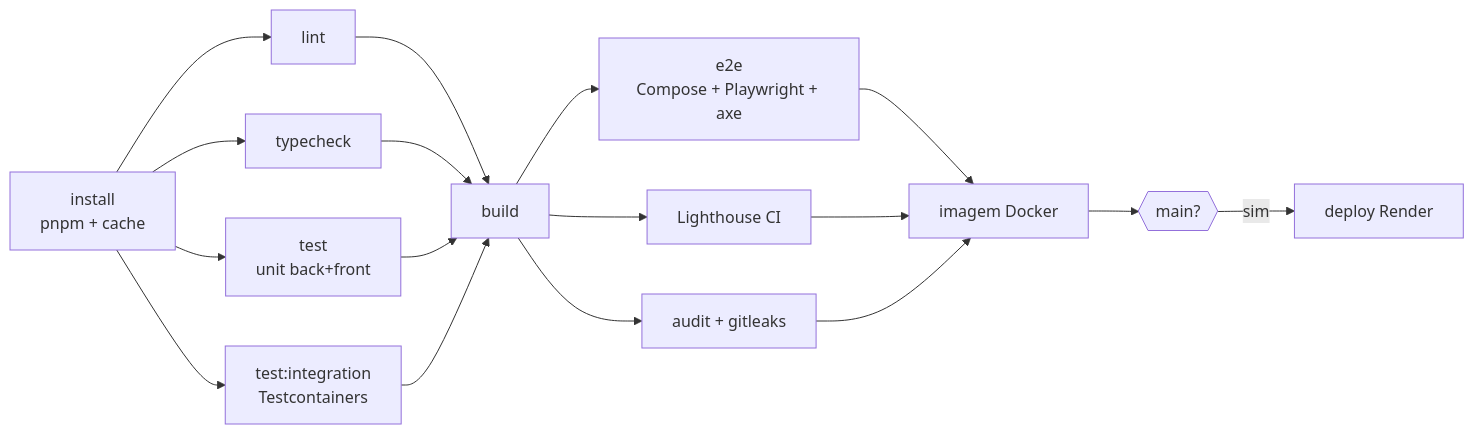
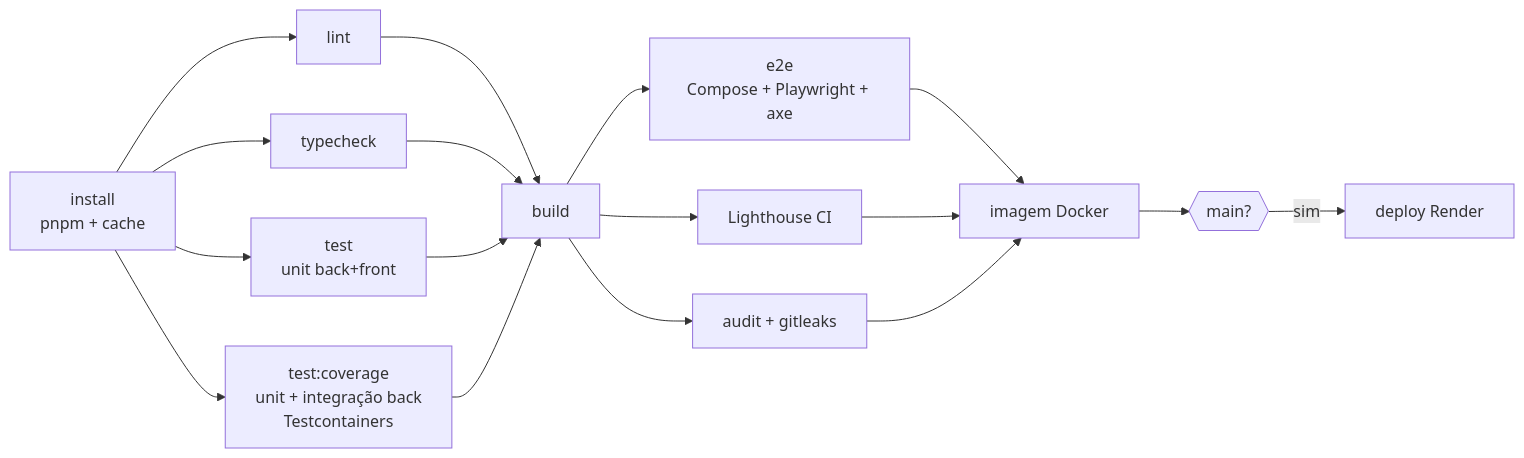
The second of 2 diagrams in docs/09-estrategia-de-testes.md (JulianePires/unimed-contact-manager), drawn with Mermaid before and after one commit. The commit also changed other lines of this file and 55 other files, not shown here.

````diff
--- a/docs/09-estrategia-de-testes.md
+++ b/docs/09-estrategia-de-testes.md
@@ -133,14 +135,14 @@
 ```mermaid
 flowchart LR
   A[install<br/>pnpm + cache] --> B[lint]
   A --> C[typecheck]
   A --> D[test<br/>unit back+front]
-  A --> E[test:integration<br/>Testcontainers]
+  A --> E[test:coverage<br/>unit + integração back<br/>Testcontainers]
   B & C & D & E --> F[build]
   F --> G[e2e<br/>Compose + Playwright + axe]
   F --> H[Lighthouse CI]
   F --> I[audit + gitleaks]
   G & H & I --> J[imagem Docker]
   J --> K{{main?}}
   K -- sim --> L[deploy Render]
 ```
````
